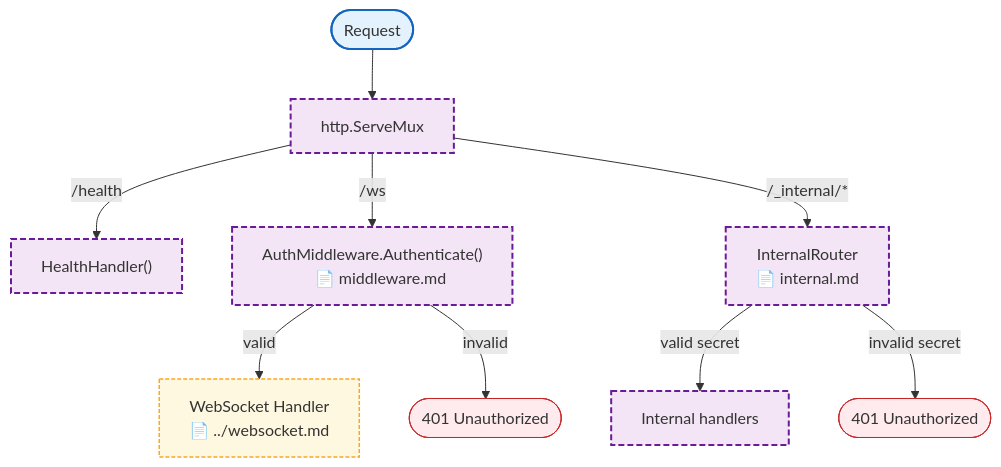
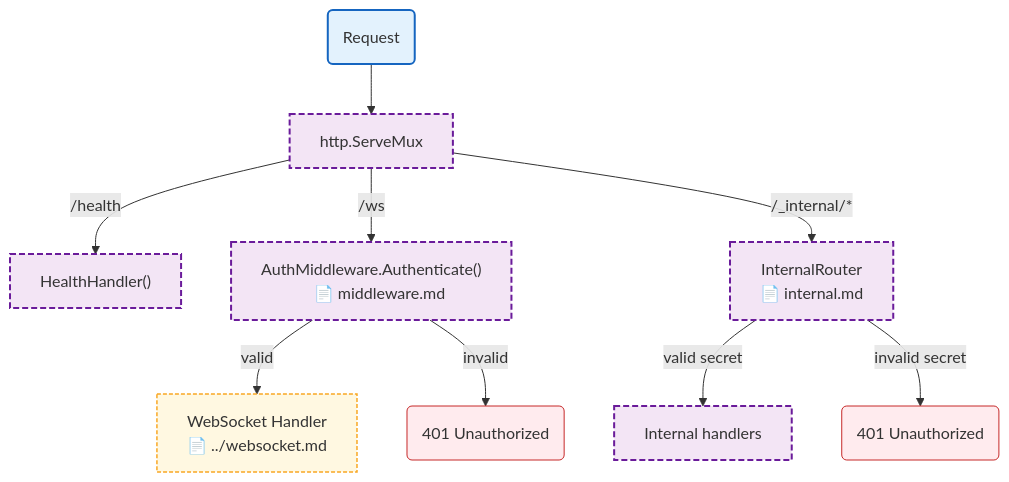
The diagram in docs/internal/server/README.md (radch-ai/ava), drawn with Mermaid before and after one commit. The commit also changed 24 other files, not shown here.

First line of the commit message:
fix(docs): fix mermaid syntax errors in all diagrams

````diff
--- a/docs/internal/server/README.md
+++ b/docs/internal/server/README.md
@@ -7,26 +7,26 @@
 ```mermaid
 flowchart TB
-    Start(["Request"]) --> Mux["http.ServeMux"]
+    Start("Request") --> Mux["http.ServeMux"]
     Mux -->|/health| Health["HealthHandler()"]
     Mux -->|/ws| AuthMW["AuthMiddleware.Authenticate()
     📄 middleware.md"]
     Mux -->|/_internal/*| Internal["InternalRouter
     📄 internal.md"]
     
     AuthMW -->|valid| WSHandler["WebSocket Handler
     📄 ../websocket.md"]
-    AuthMW -->|invalid| AuthErr([401 Unauthorized])
+    AuthMW -->|invalid| AuthErr("401 Unauthorized")
     
     Internal -->|valid secret| InternalHandler["Internal handlers"]
-    Internal -->|invalid secret| InternalErr([401 Unauthorized])
+    Internal -->|invalid secret| InternalErr("401 Unauthorized")
 
     classDef mainFn fill:#e3f2fd,stroke:#1565c0,stroke-width:2px
     classDef internalFn fill:#f3e5f5,stroke:#6a1b9a,stroke-width:2px,stroke-dasharray:6 3
     classDef localPkgs fill:#fff8e1,stroke:#f9a825,stroke-width:1.5px,stroke-dasharray:4 2
     classDef errorFlow fill:#ffebee,stroke:#c62828,stroke-width:1px
 
     class Start mainFn
     class Mux,Health,AuthMW,Internal,InternalHandler internalFn
     class WSHandler localPkgs
     class AuthErr,InternalErr errorFlow
 ```
````
